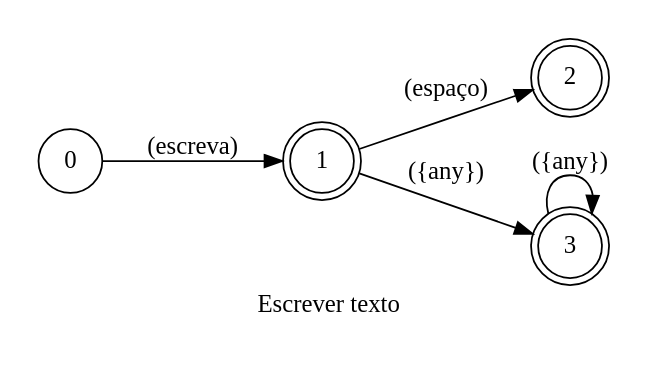
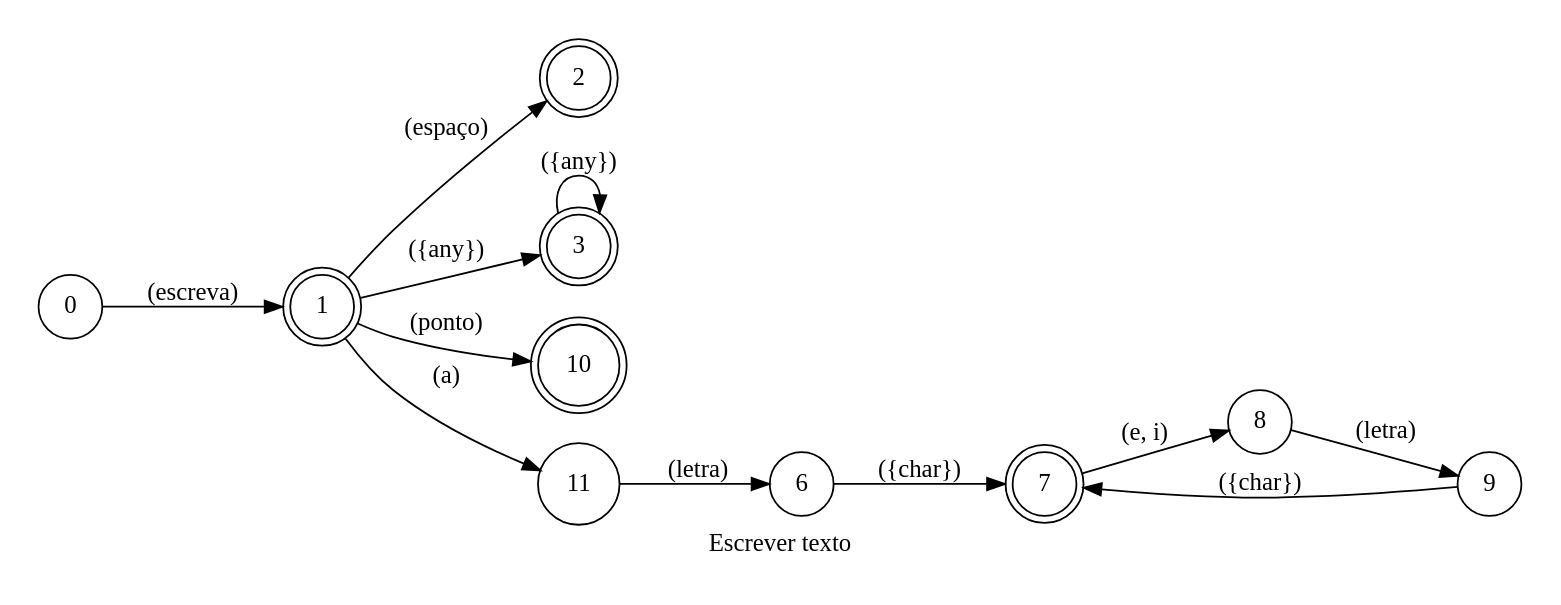
One commit to pedrooaugusto/speech-to-code changed the diagram in spoken/src/modules/typescript/write/phrase_pt-BR.dot. Above: the diagram before and after it, drawn with Graphviz. The commit also changed 49 other files, not shown here.

```diff
--- a/spoken/src/modules/typescript/write/phrase_pt-BR.dot
+++ b/spoken/src/modules/typescript/write/phrase_pt-BR.dot
@@ -1,18 +1,26 @@
 digraph Write {
     id="write";
     label="Escrever texto";
     lang="pt-BR";
     langName="Português";
     pad="0.2";
     rankdir=LR;
     disableStopWords="true";
-    node[shape=doublecircle]; 1 2 3;
+    node[shape=doublecircle]; 1 2 3 7 10;
     node[shape=circle];
 
     0 -> 1 [label="(escreva)"];
     1 -> 3 [label="({any})", store=text];
     1 -> 2 [label="(espaço)", store=isSpace, normalizer=boolean];
     3 -> 3 [label="({any})", store=text];
+
+    1 -> 11 [label="(a)"];
+    11 -> 6 [label="(letra)", store=isDitaction, normalizer=boolean];
+    {6 9} -> 7 [label="({char})", store=text];
+    7 -> 8 [label="(e, i)"];
+    8 -> 9 [label="(letra)"];
+    1 -> 10 [label="(ponto)", store=isDot, normalizer=boolean];
+
     title="Escrever texto";
     desc="Escreve um pedaço de texto no editor de texto";
 }
```
